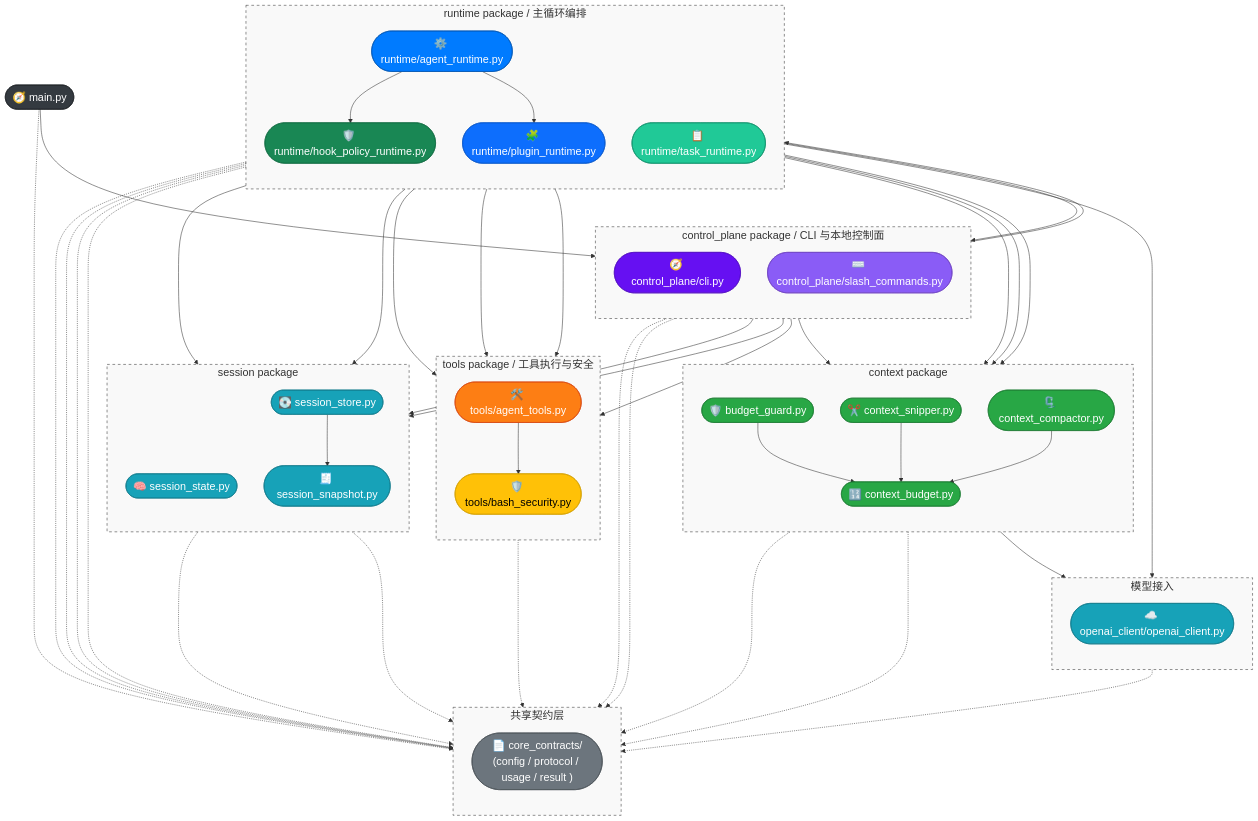
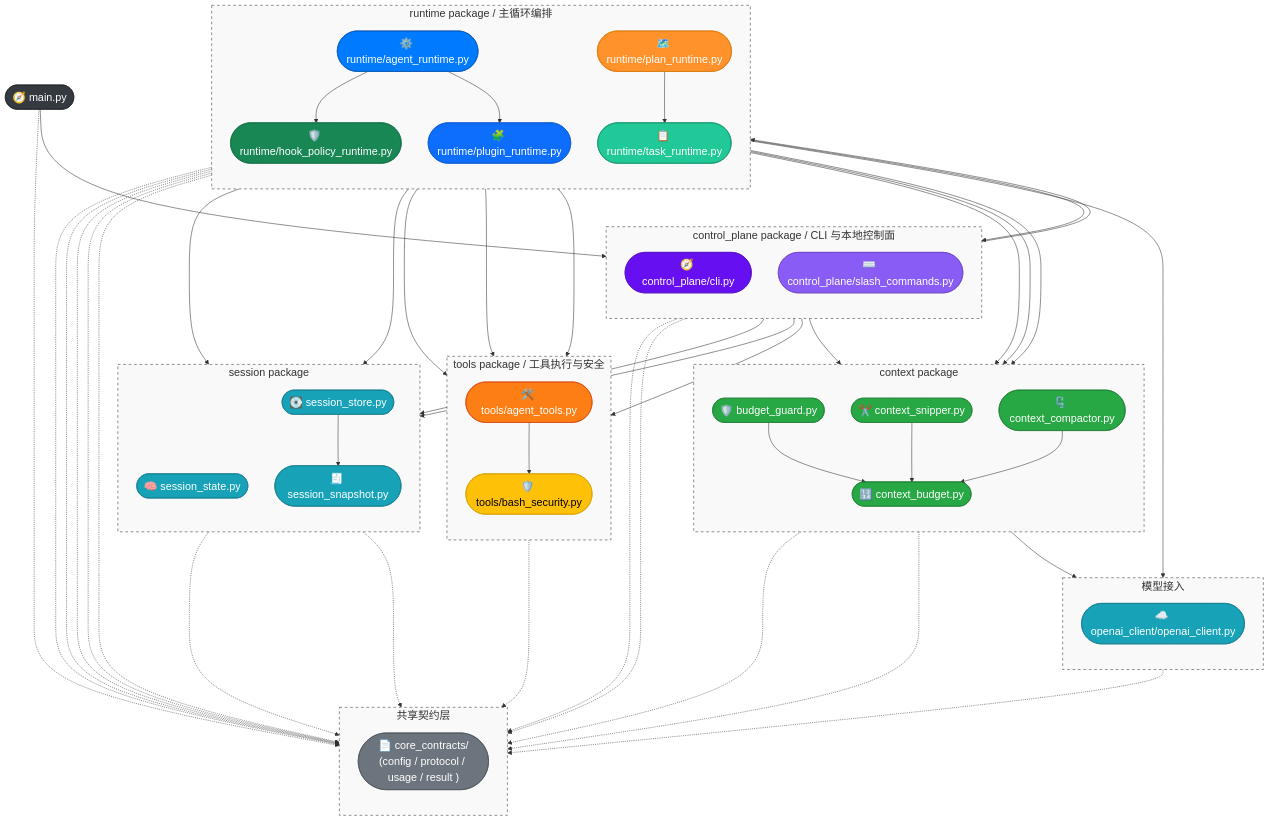
Before and after one commit to WenXingming/ClawCodeAgent: the diagram in docs/Architecture.md, drawn with Mermaid. The commit also changed other lines of this file and 5 other files, not shown here.

Commit message:
Feat: 实现 Plan Runtime，支持计划存储、渲染与 plan-task 同步；新增 replace_tasks() 方法以支持任务列表替换

```diff
--- a/docs/Architecture.md
+++ b/docs/Architecture.md
@@ -46,6 +46,7 @@
         n_hook_policy_runtime(["🛡️ runtime/hook_policy_runtime.py"])
         n_plugin_runtime(["🧩 runtime/plugin_runtime.py"])
         n_task_runtime(["📋 runtime/task_runtime.py"])
+        n_plan_runtime(["🗺️ runtime/plan_runtime.py"])
         n_runtime(["⚙️ runtime/agent_runtime.py"])
         style Runtime fill:#f9f9f9,stroke:#333,stroke-dasharray: 5 5
     end
@@ -113,6 +114,7 @@
     n_slash --> n_token_budget
 
     %% ================= 工具 =================
+    n_plan_runtime --> n_task_runtime
     n_hook_policy_runtime --> n_tools
     n_plugin_runtime --> n_tools
     n_tools --> n_bash_security
@@ -135,6 +137,7 @@
     n_hook_policy_runtime -.-> n_core_contracts
     n_plugin_runtime -.-> n_core_contracts
     n_task_runtime -.-> n_core_contracts
+    n_plan_runtime -.-> n_core_contracts
     n_slash -.-> n_core_contracts
     n_tools -.-> n_core_contracts
     n_openai_client -.-> n_core_contracts
@@ -150,6 +153,7 @@
     style n_hook_policy_runtime fill:#198754,color:#fff,stroke:#146c43
     style n_plugin_runtime fill:#0d6efd,color:#fff,stroke:#0a58ca
     style n_task_runtime fill:#20c997,color:#fff,stroke:#0f8f6b
+    style n_plan_runtime fill:#ff922b,color:#fff,stroke:#d97706
     style n_slash fill:#8a5cf6,color:#fff,stroke:#6f42c1
     style n_core_contracts fill:#6c757d,color:#fff,stroke:#495057
     style n_openai_client fill:#17a2b8,color:#fff,stroke:#117a8b
```
